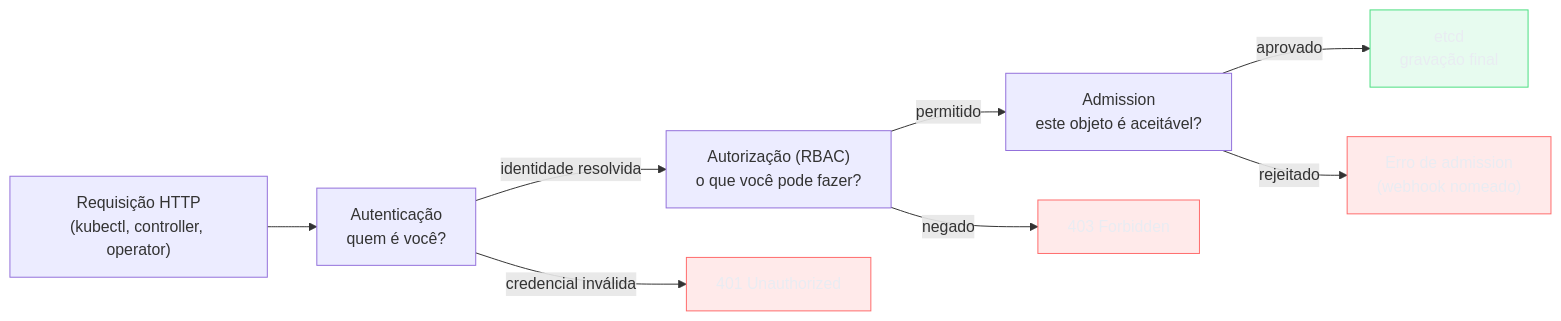
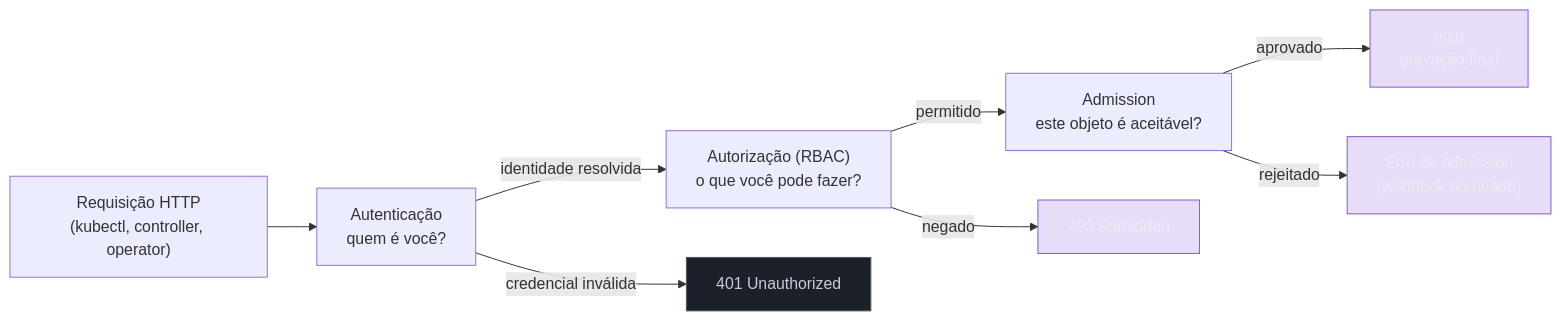
Before and after one commit to josenaldo/codex-technomanticus: the first of 2 diagrams in 03-Dominios/Tecnologia/Infraestrutura/Kubernetes/13 - RBAC e ServiceAccount.md, drawn with Mermaid. The commit also changed 601 other files, not shown here.

````diff
--- a/03-Dominios/Tecnologia/Infraestrutura/Kubernetes/13 - RBAC e ServiceAccount.md
+++ b/03-Dominios/Tecnologia/Infraestrutura/Kubernetes/13 - RBAC e ServiceAccount.md
@@ -31,17 +31,17 @@
 ```mermaid
 graph LR
-    classDef falha fill:#FF6B6B24,stroke:#FF6B6B,color:#E9ECF2
-    classDef ok fill:#4ADE8021,stroke:#4ADE80,color:#E9ECF2
+    classDef marca fill:#8855DF33,stroke:#8855DF,color:#E9ECF2
+    classDef neutro fill:#1B2029,stroke:#4E5666,color:#C6CCD8
     R["Requisição HTTP<br/>(kubectl, controller, operator)"] --> Auth["Autenticação<br/>quem é você?"]
     Auth -->|"identidade resolvida"| Az["Autorização (RBAC)<br/>o que você pode fazer?"]
     Az -->|"permitido"| Ad["Admission<br/>este objeto é aceitável?"]
     Az -->|"negado"| F403["403 Forbidden"]
     Auth -->|"credencial inválida"| F401["401 Unauthorized"]
     Ad -->|"aprovado"| E["etcd<br/>gravação final"]
     Ad -->|"rejeitado"| FAdm["Erro de admission<br/>(webhook nomeado)"]
 
-    class F401 falha
-    class F403 falha
-    class FAdm falha
-    class E ok
+    class F401 neutro
+    class F403 marca
+    class FAdm marca
+    class E marca
 ```
````
